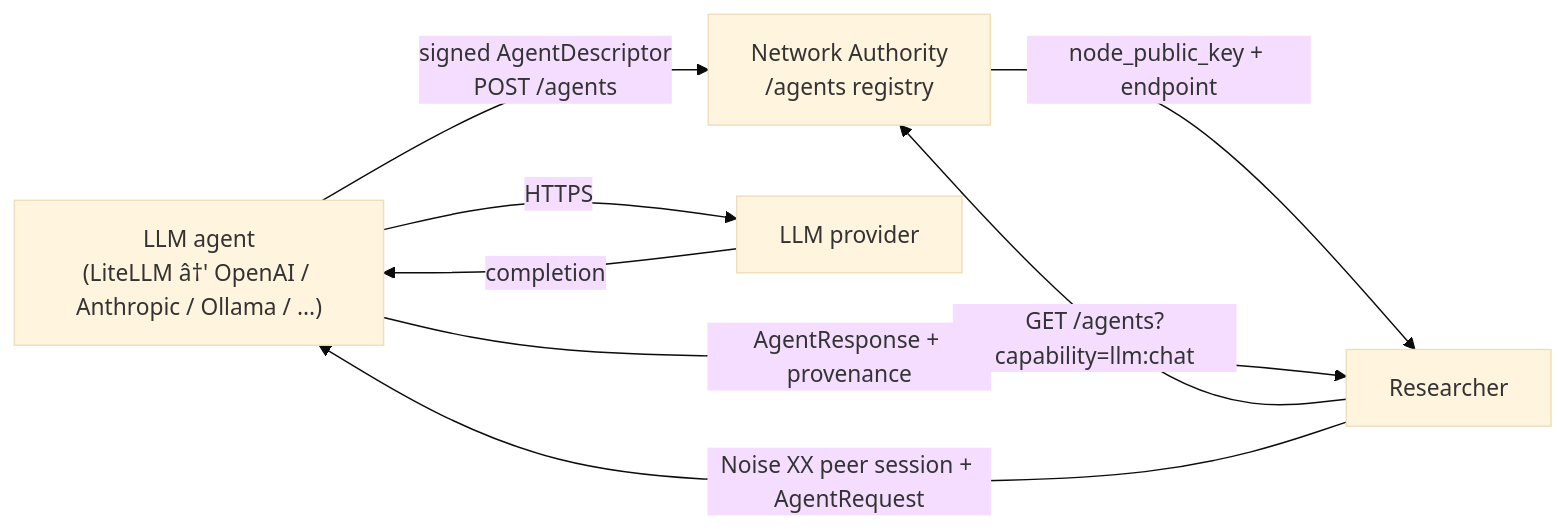
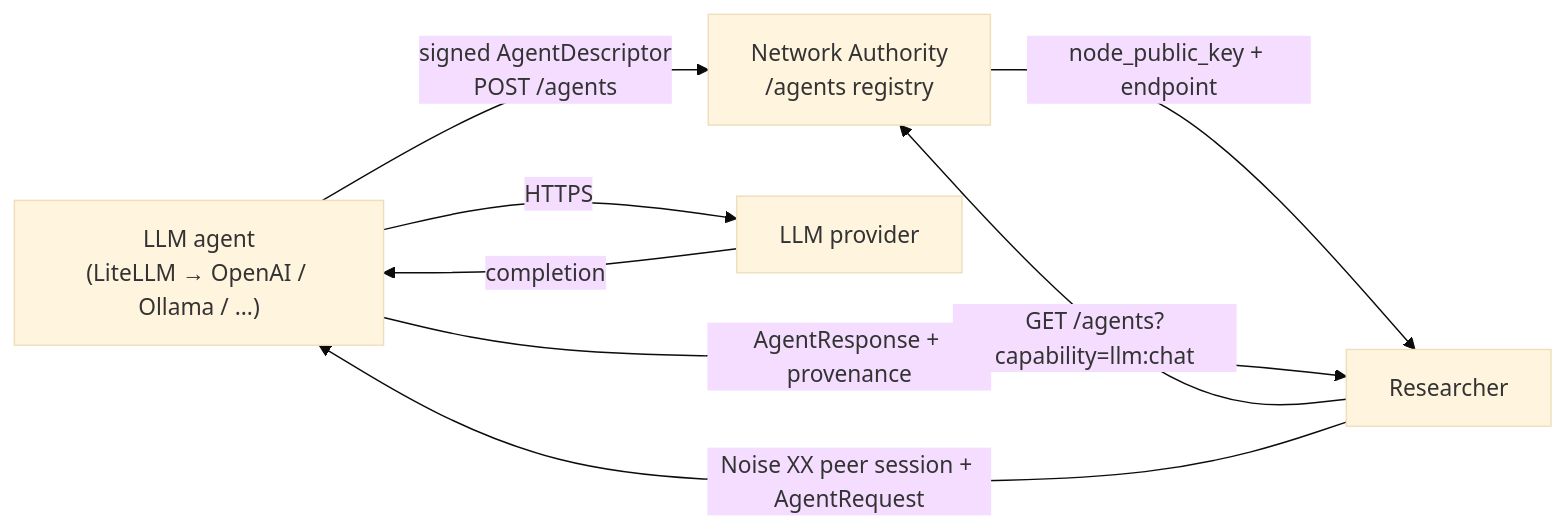
The sixth of 6 diagrams in docs/examples/demos-capability.md (GenesisMeshLabs/genesismesh), drawn with Mermaid (base theme) before and after one commit. The commit also changed other lines of this file and 119 other files, not shown here.

````diff
--- a/docs/examples/demos-capability.md
+++ b/docs/examples/demos-capability.md
@@ -555,15 +567,15 @@
 ```{mermaid}
 flowchart LR
-    agent["LLM agent<br/>(LiteLLM â†' OpenAI / Anthropic / Ollama / ...)"]
+    agent["LLM agent<br/>(LiteLLM → OpenAI / Ollama / ...)"]
     na["Network Authority<br/>/agents registry"]
     researcher["Researcher"]
     llm["LLM provider"]
 
     agent -->|signed AgentDescriptor<br/>POST /agents| na
     researcher -->|GET /agents?capability=llm:chat| na
     na -->|node_public_key + endpoint| researcher
     researcher -->|Noise XX peer session + AgentRequest| agent
     agent -->|HTTPS| llm
     llm -->|completion| agent
     agent -->|AgentResponse + provenance| researcher
 ```
````
